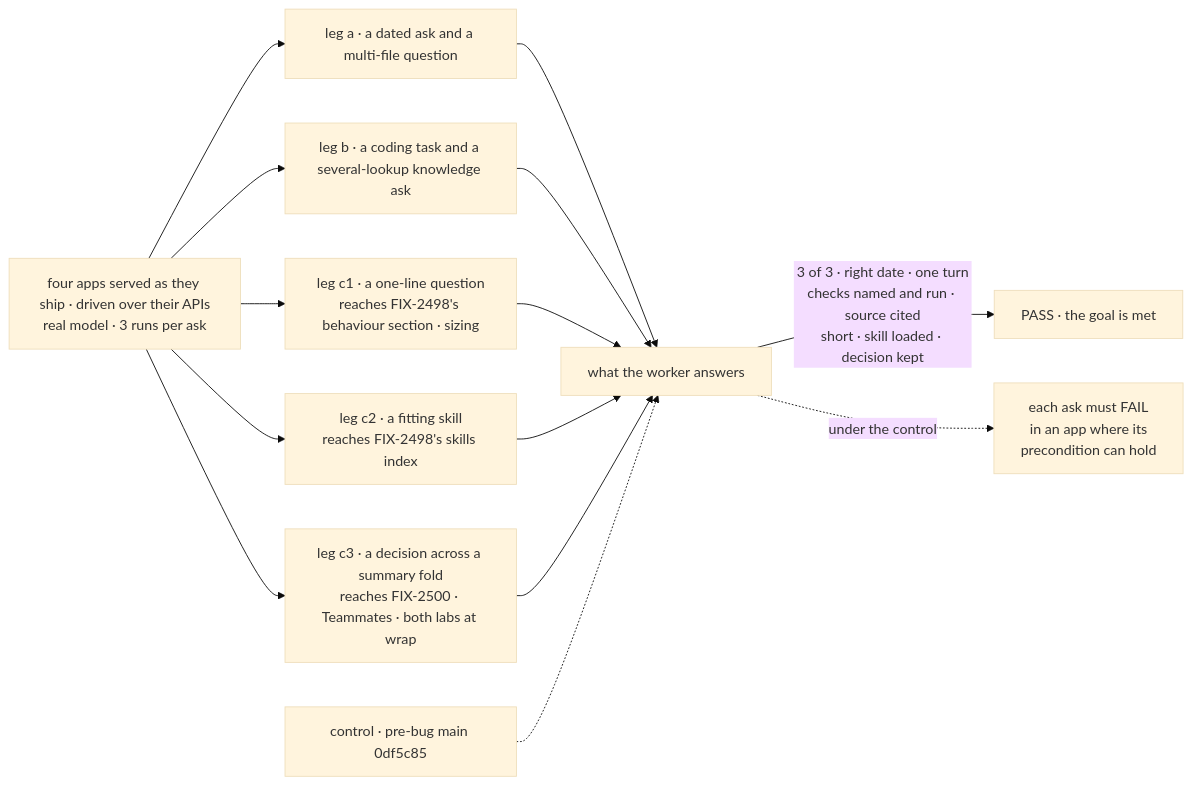
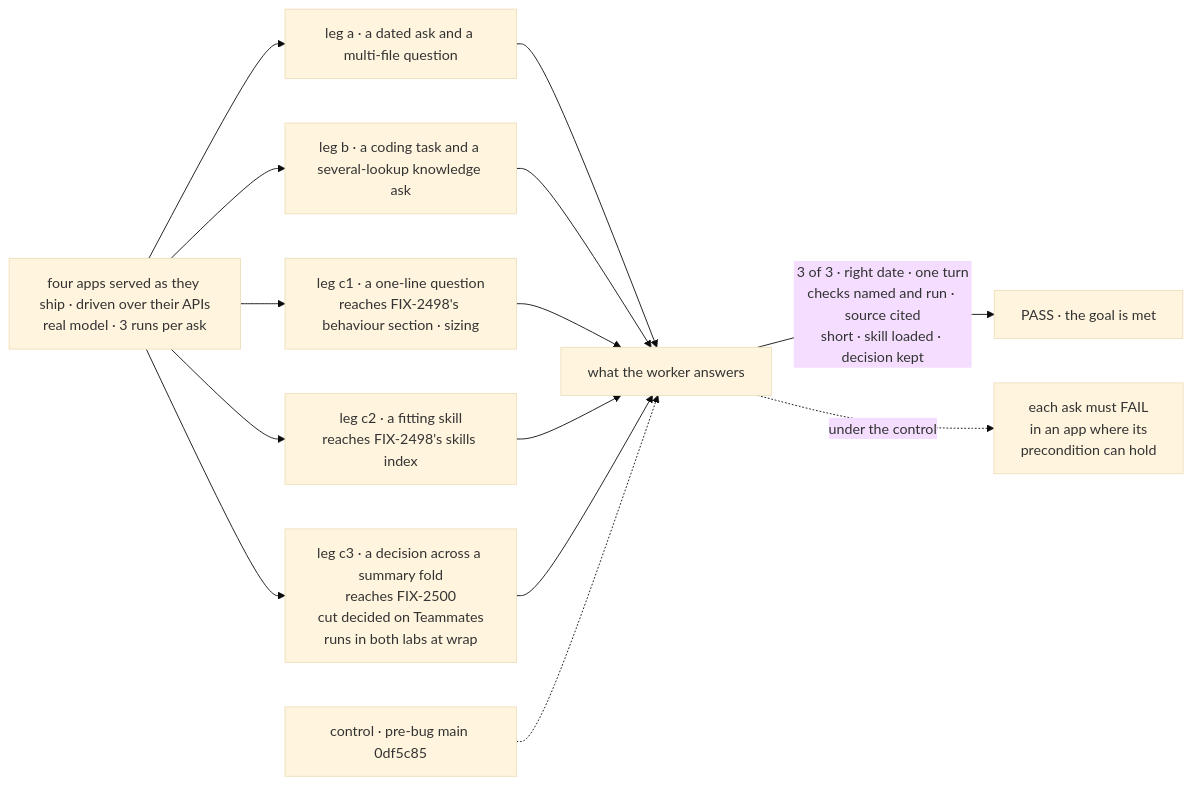
The first of 2 diagrams in specs/epics/FIX-2490/SPEC.md (fixpoint-labs/flow-state-dev), drawn with Mermaid (base theme) before and after one commit. The commit also changed other lines of this file and 1 other file, not shown here.

Commit message:
spec(epic): FIX-2490 fold Cursor review on the closure alignment
- DECISIONS: the #4703 cut-run bullet now states the current rule
  (skills listing switched on; Teammates already folds; the Claude
  Code-style lab runs the fold ask at wrap only) and points at ER-7.
- SPEC: seven asks in the two labs, six in Kitchen Sink and Shift
  Manager; leg c3 splits where the cut is decided from where the ask runs.

Claude-Session: https://claude.ai/code/session_011UNkLEDdoRs4iPTfzZmYNW

````diff
--- a/specs/epics/FIX-2490/SPEC.md
+++ b/specs/epics/FIX-2490/SPEC.md
@@ -33,16 +33,16 @@
 ```mermaid
 flowchart LR
   A["four apps served as they ship · driven over their APIs<br/>real model · 3 runs per ask"] --> L1["leg a · a dated ask and a multi-file question"]
   A --> L2["leg b · a coding task and a several-lookup knowledge ask"]
   A --> C1["leg c1 · a one-line question<br/>reaches FIX-2498's behaviour section · sizing"]
   A --> C2["leg c2 · a fitting skill<br/>reaches FIX-2498's skills index"]
-  A --> C3["leg c3 · a decision across a summary fold<br/>reaches FIX-2500 · Teammates · both labs at wrap"]
+  A --> C3["leg c3 · a decision across a summary fold<br/>reaches FIX-2500<br/>cut decided on Teammates<br/>runs in both labs at wrap"]
   L1 --> T["what the worker answers"]
   L2 --> T
   C1 --> T
   C2 --> T
   C3 --> T
   T -->|"3 of 3 · right date · one turn<br/>checks named and run · source cited<br/>short · skill loaded · decision kept"| P["PASS · the goal is met"]
   C["control · pre-bug main 0df5c85"] -.-> T
   T -.->|"under the control"| F["each ask must FAIL<br/>in an app where its<br/>precondition can hold"]
 ```
````
